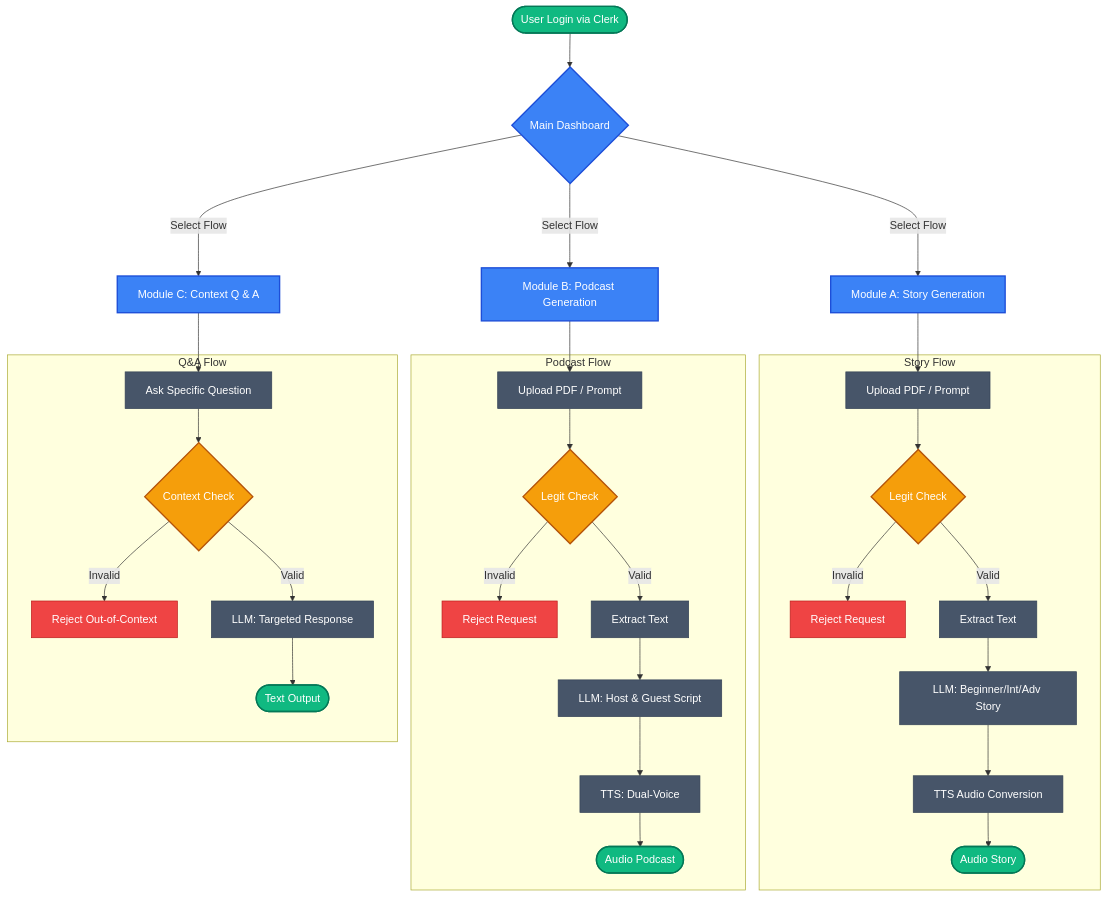
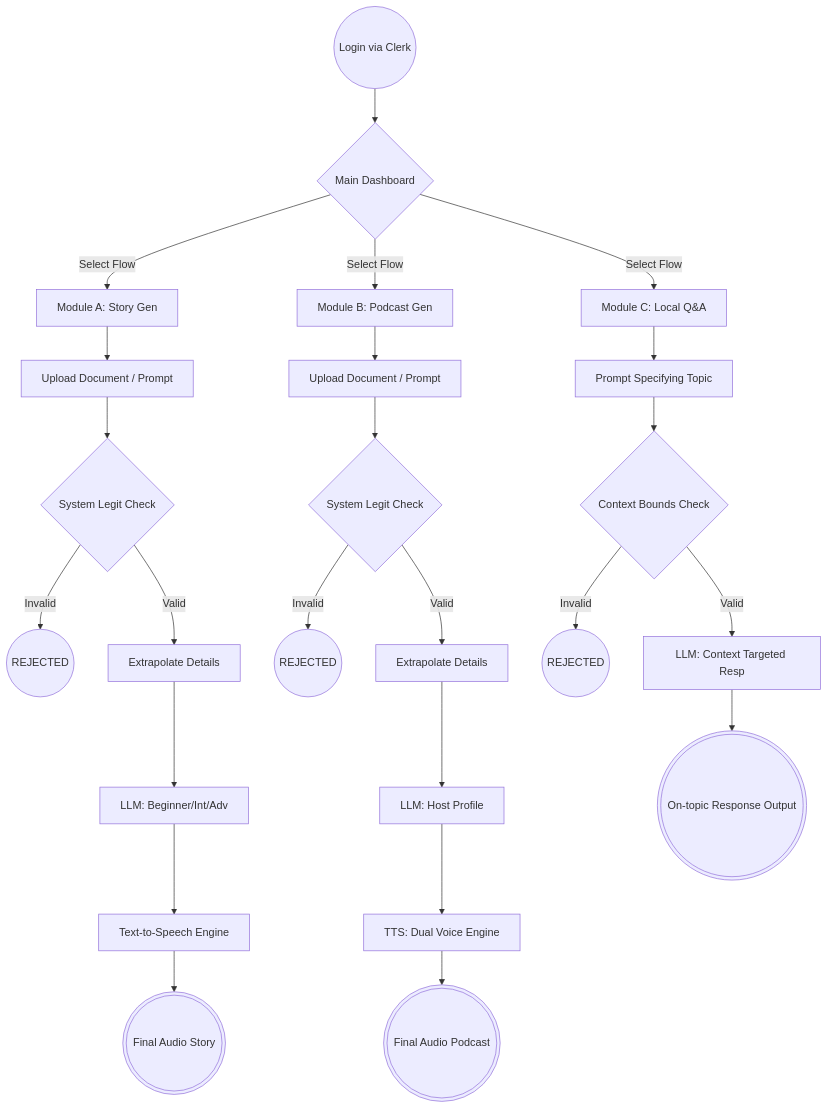
Before and after one commit to DevDebpriyo/PaperLens: the diagram in README.md, drawn with Mermaid. The commit also changed other lines of this file, not shown here.

Commit message:
docs: clean up mermaid and add index

````diff
--- a/README.md
+++ b/README.md
@@ -21,79 +27,33 @@
 ```mermaid
 graph TD
-    %% Define Nodes and Styles
-    Start([User Login via Clerk])
-    Dash{Main Dashboard}
+    Start((Login via Clerk)) --> Dash{Main Dashboard}
     
-    %% Branches from Dashboard
-    Dash --->|Select Flow| ModA[Module A: Story Generation]
-    Dash --->|Select Flow| ModB[Module B: Podcast Generation]
-    Dash --->|Select Flow| ModC[Module C: Context Q & A]
+    Dash -->|Select Flow| ModA[Module A: Story Gen]
+    Dash -->|Select Flow| ModB[Module B: Podcast Gen]
+    Dash -->|Select Flow| ModC[Module C: Local Q&A]
     
-    %% Story Generation Flow
-    subgraph Story Flow
-        InputA[Upload PDF / Prompt]
-        ValA{Legit Check}
-        BreakA[Reject Request]
-        ProcA[Extract Text]
-        GenA[LLM: Beginner/Int/Adv Story]
-        TTSA[TTS Audio Conversion]
-        OutA([Audio Story])
-    end
-    ModA --> InputA
-    InputA --> ValA
-    ValA -- Invalid --> BreakA
-    ValA -- Valid --> ProcA
-    ProcA --> GenA
-    GenA --> TTSA
-    TTSA --> OutA
+    %% Story Generator Flow
+    ModA --> InputA[Upload Document / Prompt]
+    InputA --> ValA{System Legit Check}
+    ValA -- Invalid --> BreakA((REJECTED))
+    ValA -- Valid --> ProcA[Extrapolate Details]
+    ProcA --> GenA[LLM: Beginner/Int/Adv]
+    GenA --> TTSA[Text-to-Speech Engine]
+    TTSA --> OutA(((Final Audio Story)))
 
     %% Podcast Generation Flow
-    subgraph Podcast Flow
-        InputB[Upload PDF / Prompt]
-        ValB{Legit Check}
-        BreakB[Reject Request]
-        ProcB[Extract Text]
-        GenB[LLM: Host & Guest Script]
-        TTSB[TTS: Dual-Voice]
-        OutB([Audio Podcast])
-    end
-    ModB --> InputB
-    InputB --> ValB
-    ValB -- Invalid --> BreakB
-    ValB -- Valid --> ProcB
-    ProcB --> GenB
-    GenB --> TTSB
-    TTSB --> OutB
+    ModB --> InputB[Upload Document / Prompt]
+    InputB --> ValB{System Legit Check}
+    ValB -- Invalid --> BreakB((REJECTED))
+    ValB -- Valid --> ProcB[Extrapolate Details]
+    ProcB --> GenB[LLM: Host Profile]
+    GenB --> TTSB[TTS: Dual Voice Engine]
+    TTSB --> OutB(((Final Audio Podcast)))
 
     %% Q&A Flow
-    subgraph Q&A Flow
-        InputC[Ask Specific Question]
-        ValC{Context Check}
-        BreakC[Reject Out-of-Context]
-        GenC[LLM: Targeted Response]
-        OutC([Text Output])
-    end
-    ModC --> InputC
-    InputC --> ValC
-    ValC -- Invalid --> BreakC
-    ValC -- Valid --> GenC
-    GenC --> OutC
-
-    %% Connections
-    Start --> Dash
-    
-    %% Styling
-    classDef startend fill:#10b981,stroke:#047857,stroke-width:2px,color:#fff;
-    classDef module fill:#3b82f6,stroke:#1d4ed8,stroke-width:2px,color:#fff;
-    classDef valid fill:#f59e0b,stroke:#b45309,stroke-width:2px,color:#fff;
-    classDef error fill:#ef4444,stroke:#b91c1c,stroke-width:2px,color:#fff;
-    classDef process fill:#475569,stroke:#334155,stroke-width:1px,color:#fff;
-    classDef breakNode fill:#ef4444,stroke:#b91c1c,stroke-width:1px,color:#fff;
-    
-    class Start,OutA,OutB,OutC startend;
-    class ModA,ModB,ModC module;
-    class Dash module;
-    class ValA,ValB,ValC valid;
-    class BreakA,BreakB,BreakC breakNode;
-    class InputA,InputB,InputC,ProcA,ProcB,GenA,GenB,GenC,TTSA,TTSB process;
+    ModC --> InputC[Prompt Specifying Topic]
+    InputC --> ValC{Context Bounds Check}
+    ValC -- Invalid --> BreakC((REJECTED))
+    ValC -- Valid --> GenC[LLM: Context Targeted Resp]
+    GenC --> OutC(((On-topic Response Output)))
 ```
````
